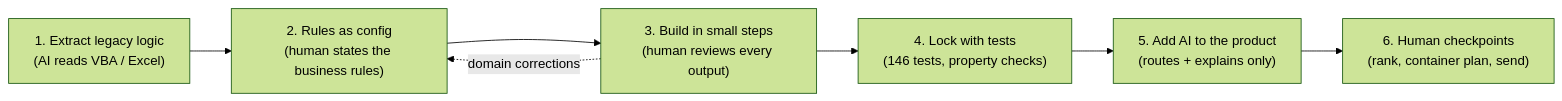
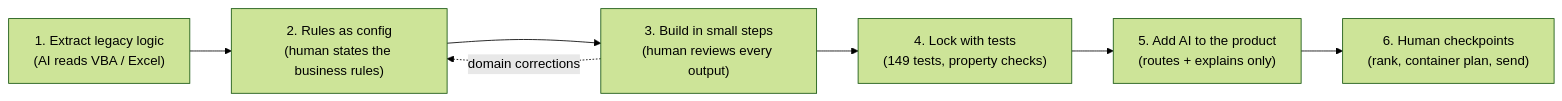
Before and after one commit to mertkayilioglu-afk/supply-remix: the diagram in docs/AI_WORKFLOW.md, drawn with Mermaid (forest theme). The commit also changed other lines of this file and 9 other files, not shown here.

````diff
--- a/docs/AI_WORKFLOW.md
+++ b/docs/AI_WORKFLOW.md
@@ -13,9 +13,9 @@
 ```mermaid
 flowchart LR
     A["1. Extract legacy logic<br/>(AI reads VBA / Excel)"] --> B["2. Rules as config<br/>(human states the business rules)"]
     B --> C["3. Build in small steps<br/>(human reviews every output)"]
-    C --> D["4. Lock with tests<br/>(146 tests, property checks)"]
+    C --> D["4. Lock with tests<br/>(149 tests, property checks)"]
     D --> E["5. Add AI to the product<br/>(routes + explains only)"]
     E --> F["6. Human checkpoints<br/>(rank, container plan, send)"]
     C -. "domain corrections" .-> B
 ```
````
